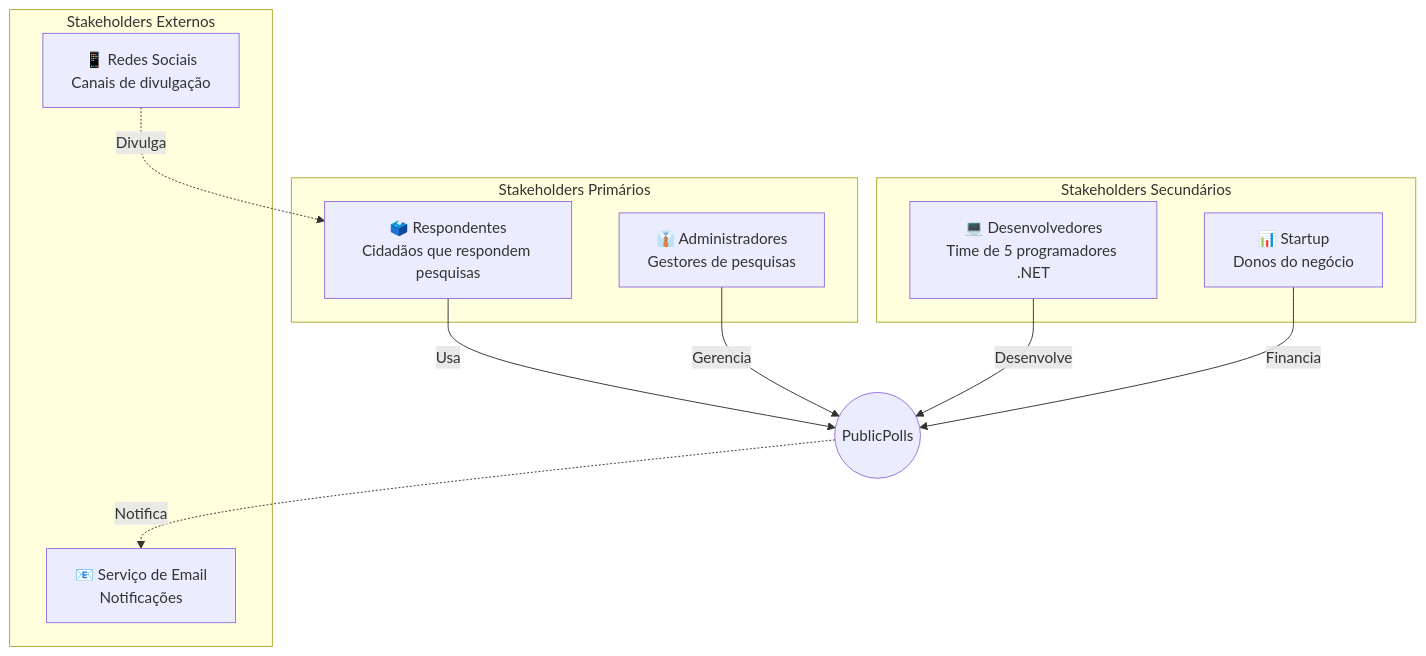
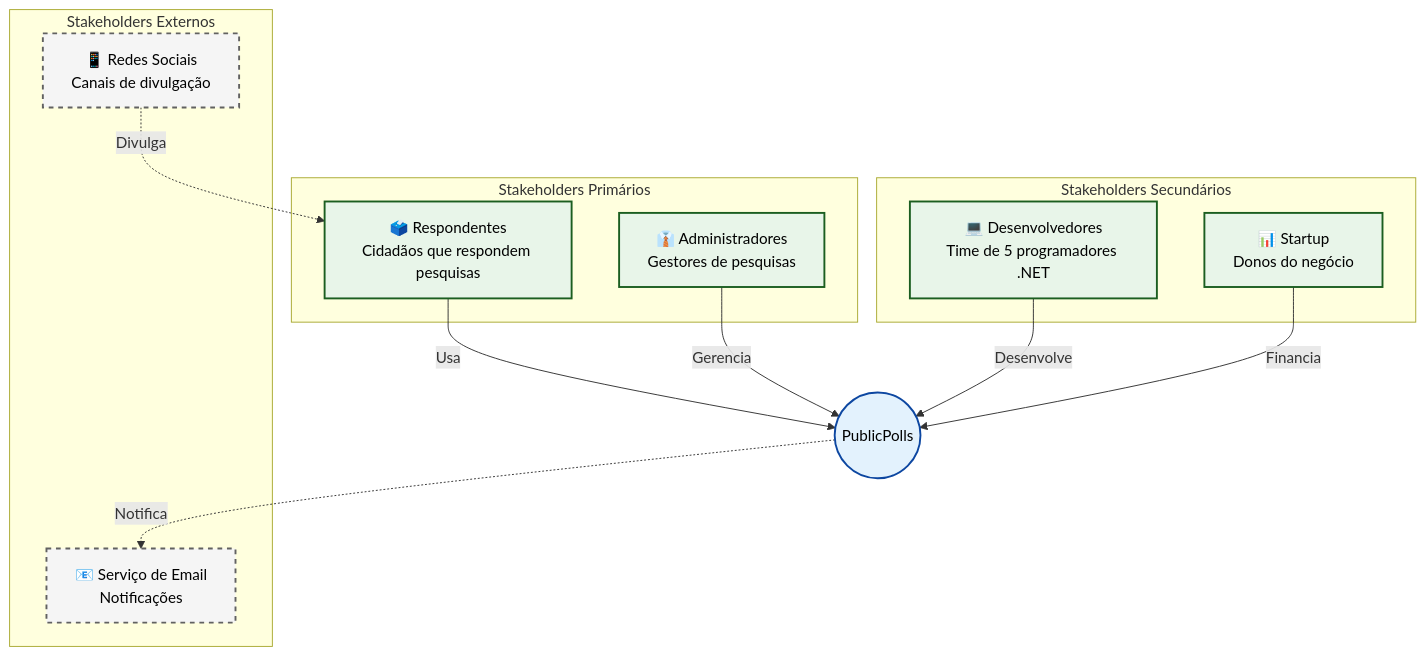
The fourth of 6 diagrams in docs/01-visao-geral.md (gabrigabs/public-polls-app), drawn with Mermaid before and after one commit. The commit also changed other lines of this file and 6 other files, not shown here.

Commit message:
docs: standardize and improve mermaid diagrams readability

````diff
--- a/docs/01-visao-geral.md
+++ b/docs/01-visao-geral.md
@@ -127,24 +128,32 @@
 ```mermaid
 graph TB
     subgraph "Stakeholders Primários"
         R["🗳️ Respondentes<br/>Cidadãos que respondem pesquisas"]
         A["👔 Administradores<br/>Gestores de pesquisas"]
     end
 
     subgraph "Stakeholders Secundários"
         D["💻 Desenvolvedores<br/>Time de 5 programadores .NET"]
         S["📊 Startup<br/>Donos do negócio"]
     end
 
     subgraph "Stakeholders Externos"
         SM["📱 Redes Sociais<br/>Canais de divulgação"]
         E["📧 Serviço de Email<br/>Notificações"]
     end
 
     R -->|Usa| Sistema((PublicPolls))
     A -->|Gerencia| Sistema
     D -->|Desenvolve| Sistema
     S -->|Financia| Sistema
     SM -.->|Divulga| R
     Sistema -.->|Notifica| E
+
+    classDef users fill:#e8f5e9,stroke:#1b5e20,color:#000,stroke-width:2px;
+    classDef system fill:#e3f2fd,stroke:#0d47a1,color:#000,stroke-width:2px;
+    classDef ext fill:#f5f5f5,stroke:#616161,color:#000,stroke-width:2px,stroke-dasharray: 5 5;
+
+    class R,A,D,S users;
+    class Sistema system;
+    class SM,E ext;
 ```
````
